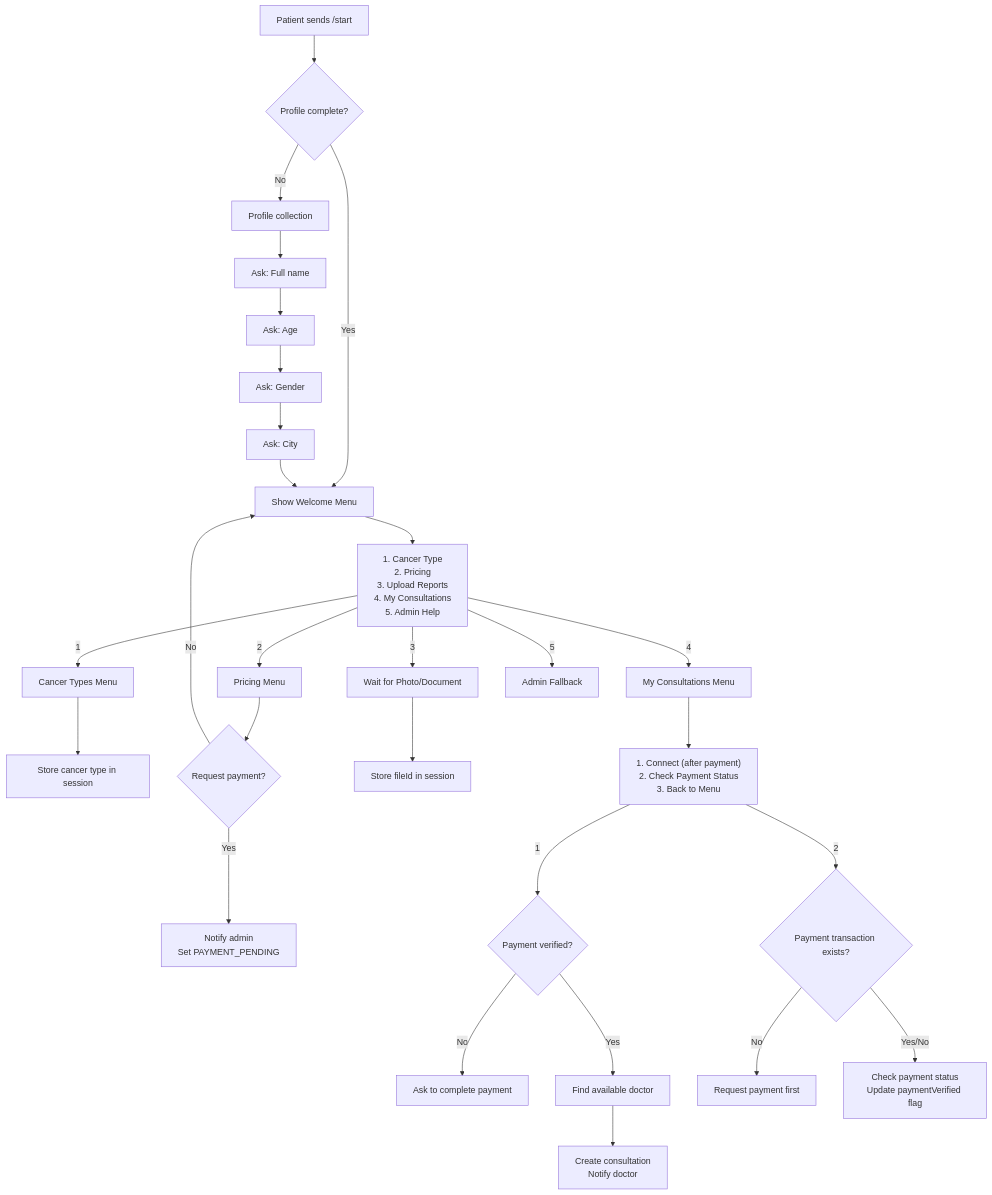
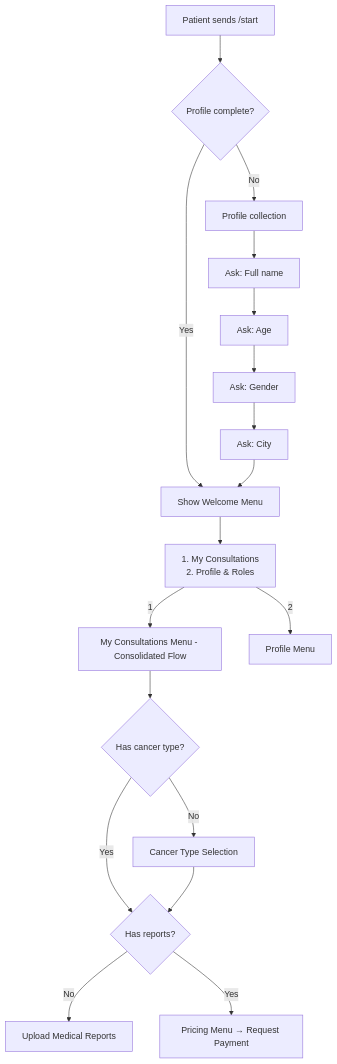
The second of 11 diagrams in FLOW.md (shutUpAndCompute/oncoconsult-telegram), drawn with Mermaid before and after one commit. The commit also changed other lines of this file and 11 other files, not shown here.

First line of the commit message:
fix: consolidate menu flow and fix all state management issues

````diff
--- a/FLOW.md
+++ b/FLOW.md
@@ -42,37 +42,24 @@
 ```mermaid
 flowchart TD
     A[Patient sends /start] --> B{Profile complete?}
     B -->|No| C[Profile collection]
     B -->|Yes| D[Show Welcome Menu]
     
     C --> E[Ask: Full name]
     E --> F[Ask: Age]
     F --> G[Ask: Gender]
     G --> H[Ask: City]
     H --> D
     
-    D --> I["1. Cancer Type\n2. Pricing\n3. Upload Reports\n4. My Consultations\n5. Admin Help"]
+    D --> I["1. My Consultations\n2. Profile & Roles"]
     
-    I -->|1| J[Cancer Types Menu]
-    I -->|2| K[Pricing Menu]
-    I -->|3| L[Wait for Photo/Document]
-    I -->|4| M[My Consultations Menu]
-    I -->|5| N[Admin Fallback]
+    I -->|1| M[My Consultations Menu - Consolidated Flow]
+    I -->|2| N[Profile Menu]
     
-    J --> O[Store cancer type in session]
-    K --> P{Request payment?}
-    P -->|Yes| Q[Notify admin\nSet PAYMENT_PENDING]
-    P -->|No| D
-    L --> R[Store fileId in session]
-    
-    M --> S["1. Connect (after payment)\n2. Check Payment Status\n3. Back to Menu"]
-    S -->|1| T{Payment verified?}
-    S -->|2| U{Payment transaction exists?}
-    
-    T -->|No| V[Ask to complete payment]
-    T -->|Yes| W[Find available doctor]
-    W --> X[Create consultation\nNotify doctor]
-    
-    U -->|No| Y[Request payment first]
-    U -->|Yes/No| Z[Check payment status\nUpdate paymentVerified flag]
+    M --> O{Has cancer type?}
+    O -->|No| P[Cancer Type Selection]
+    O -->|Yes| Q{Has reports?}
+    Q -->|No| R[Upload Medical Reports]
+    Q -->|Yes| S[Pricing Menu → Request Payment]
+    P --> Q
 ```
````
